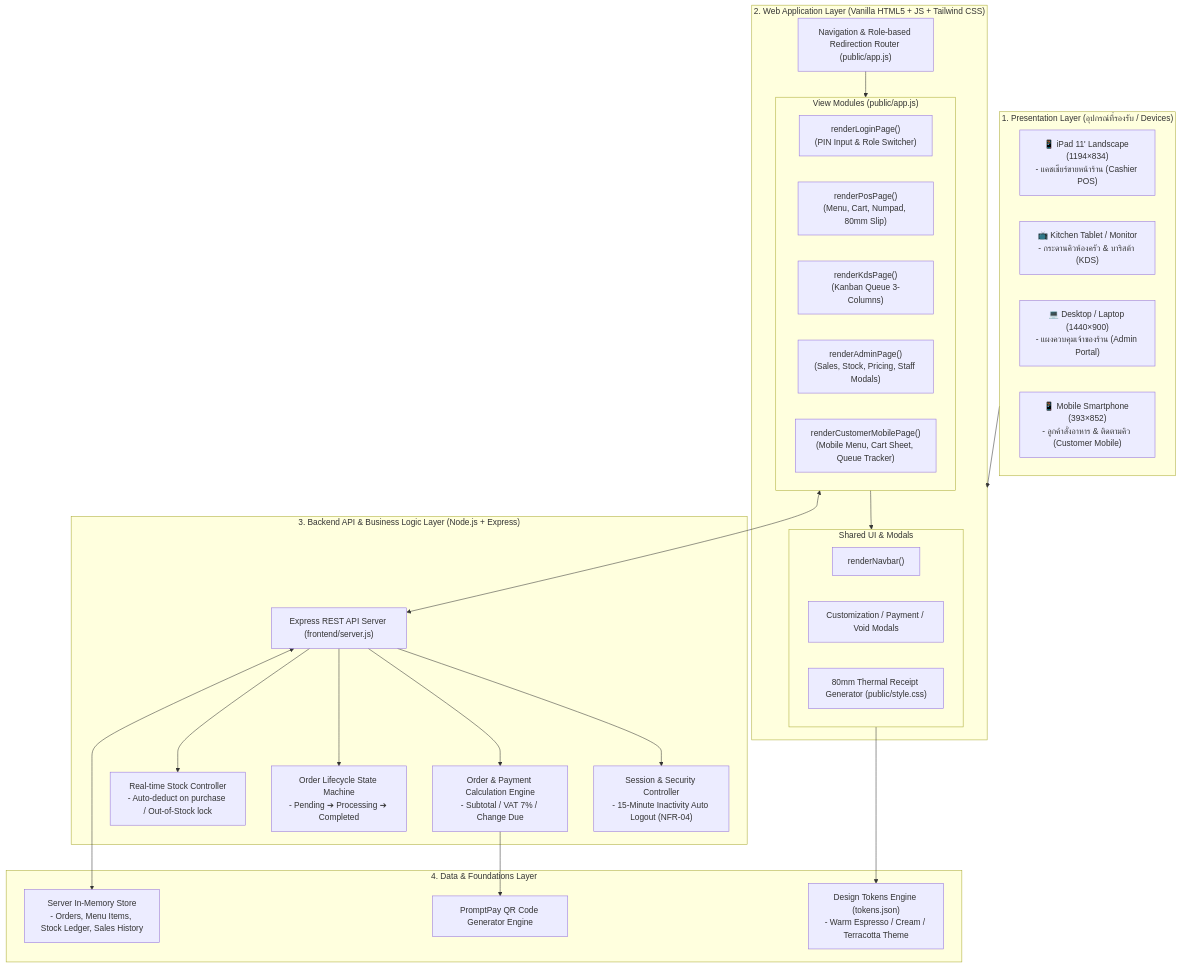
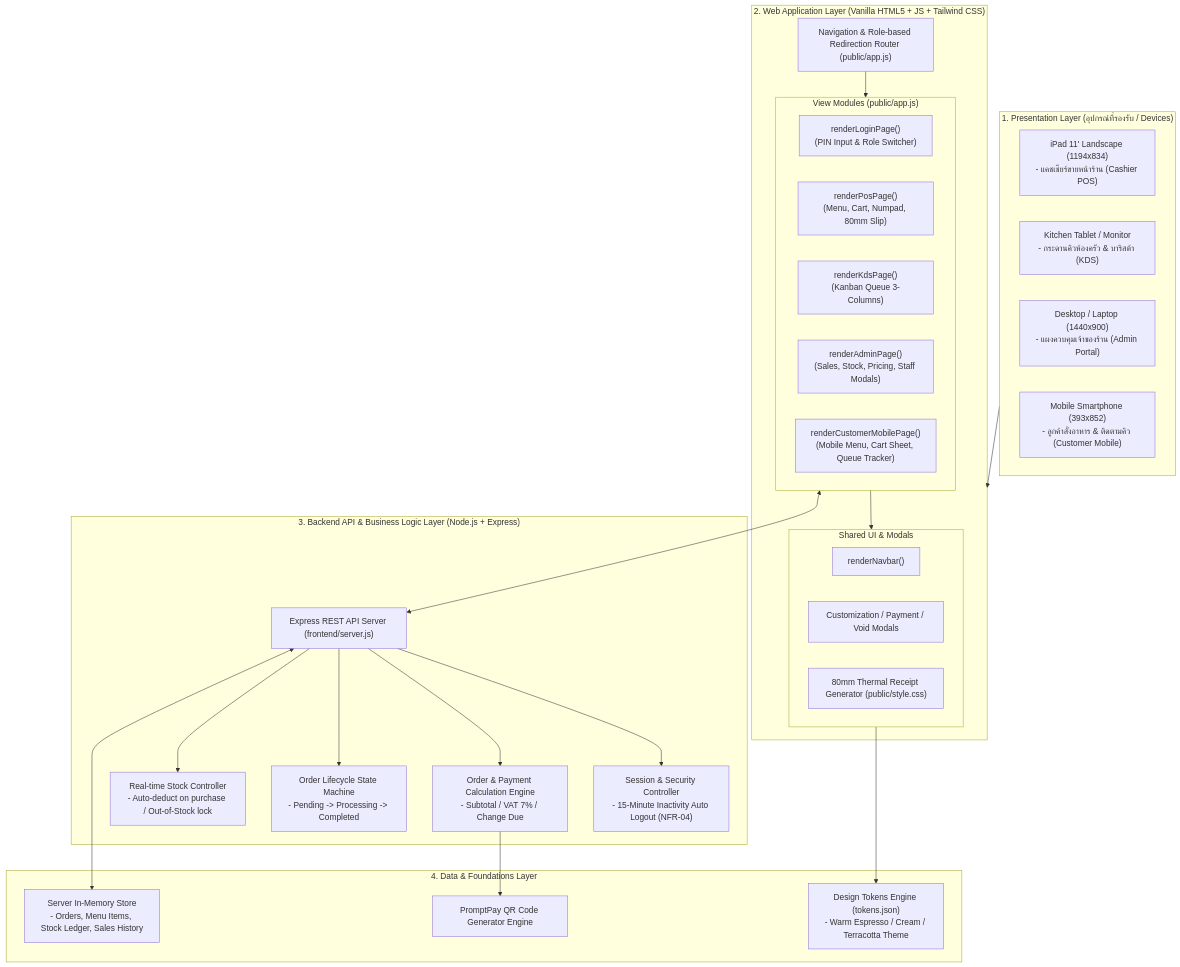
Before and after one commit to AkashiZai/jamal: the second of 2 diagrams in README.md, drawn with Mermaid. The commit also changed other lines of this file and 44 other files, not shown here.

````diff
--- a/README.md
+++ b/README.md
@@ -350,58 +347,58 @@
 ```mermaid
 flowchart TD
     %% Presentation Layer
     subgraph PresentationLayer ["1. Presentation Layer (อุปกรณ์ที่รองรับ / Devices)"]
-        Dev_iPad["📱 iPad 11' Landscape (1194×834)<br/>- แคชเชียร์ขายหน้าร้าน (Cashier POS)"]
-        Dev_KDS["📺 Kitchen Tablet / Monitor<br/>- กระดานคิวห้องครัว & บาริสต้า (KDS)"]
-        Dev_Admin["💻 Desktop / Laptop (1440×900)<br/>- แผงควบคุมเจ้าของร้าน (Admin Portal)"]
-        Dev_Mobile["📱 Mobile Smartphone (393×852)<br/>- ลูกค้าสั่งอาหาร & ติดตามคิว (Customer Mobile)"]
+        Dev_iPad["iPad 11' Landscape (1194x834)<br/>- แคชเชียร์ขายหน้าร้าน (Cashier POS)"]
+        Dev_KDS["Kitchen Tablet / Monitor<br/>- กระดานคิวห้องครัว & บาริสต้า (KDS)"]
+        Dev_Admin["Desktop / Laptop (1440x900)<br/>- แผงควบคุมเจ้าของร้าน (Admin Portal)"]
+        Dev_Mobile["Mobile Smartphone (393x852)<br/>- ลูกค้าสั่งอาหาร & ติดตามคิว (Customer Mobile)"]
     end
 
     %% Frontend Application Layer
     subgraph FrontendAppLayer ["2. Web Application Layer (Vanilla HTML5 + JS + Tailwind CSS)"]
         RouterNav["Navigation & Role-based Redirection Router (public/app.js)"]
         
         subgraph PageModules ["View Modules (public/app.js)"]
             P_Login["renderLoginPage()<br/>(PIN Input & Role Switcher)"]
             P_POS["renderPosPage()<br/>(Menu, Cart, Numpad, 80mm Slip)"]
             P_KDS["renderKdsPage()<br/>(Kanban Queue 3-Columns)"]
             P_Admin["renderAdminPage()<br/>(Sales, Stock, Pricing, Staff Modals)"]
             P_Mobile["renderCustomerMobilePage()<br/>(Mobile Menu, Cart Sheet, Queue Tracker)"]
         end
 
         subgraph SharedUI ["Shared UI & Modals"]
             UI_Navbar["renderNavbar()"]
             UI_Modals["Customization / Payment / Void Modals"]
             UI_Slip["80mm Thermal Receipt Generator (public/style.css)"]
         end
     end
 
     %% Backend & Business Logic Layer
     subgraph LogicLayer ["3. Backend API & Business Logic Layer (Node.js + Express)"]
         AppContext["Express REST API Server (frontend/server.js)"]
         SessionSecurity["Session & Security Controller<br/>- 15-Minute Inactivity Auto Logout (NFR-04)"]
         CalculationEngine["Order & Payment Calculation Engine<br/>- Subtotal / VAT 7% / Change Due"]
-        QueueStateMachine["Order Lifecycle State Machine<br/>- Pending ➔ Processing ➔ Completed"]
+        QueueStateMachine["Order Lifecycle State Machine<br/>- Pending -> Processing -> Completed"]
         InventoryController["Real-time Stock Controller<br/>- Auto-deduct on purchase / Out-of-Stock lock"]
     end
 
     %% Data & Foundation Layer
     subgraph DataLayer ["4. Data & Foundations Layer"]
         MockStore["Server In-Memory Store<br/>- Orders, Menu Items, Stock Ledger, Sales History"]
         DesignTokens["Design Tokens Engine (tokens.json)<br/>- Warm Espresso / Cream / Terracotta Theme"]
         PromptPayEngine["PromptPay QR Code Generator Engine"]
     end
 
     %% Connections
     PresentationLayer --> FrontendAppLayer
     RouterNav --> PageModules
     PageModules --> SharedUI
     PageModules <--> AppContext
     AppContext --> SessionSecurity
     AppContext --> CalculationEngine
     AppContext --> QueueStateMachine
     AppContext --> InventoryController
     AppContext <--> MockStore
     SharedUI --> DesignTokens
     CalculationEngine --> PromptPayEngine
 ```
````
